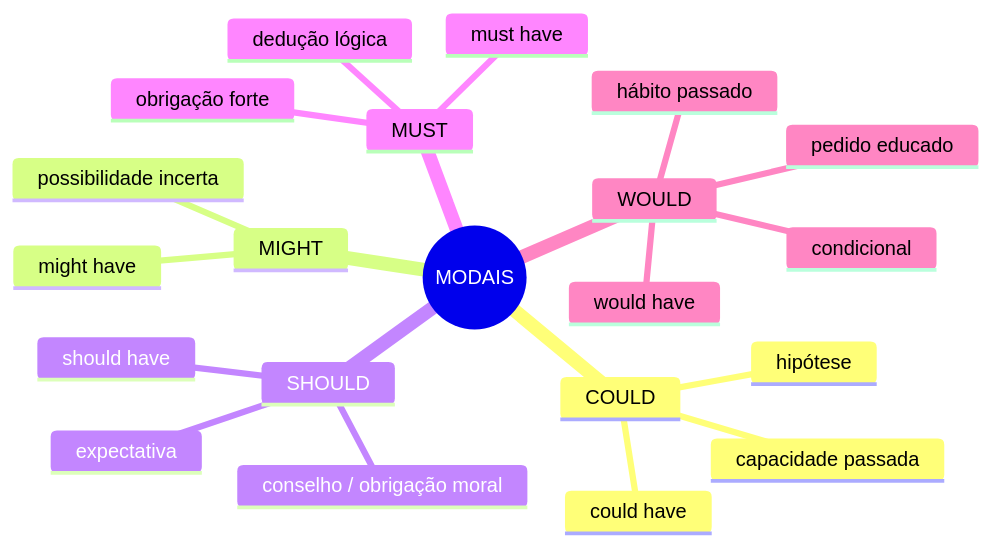
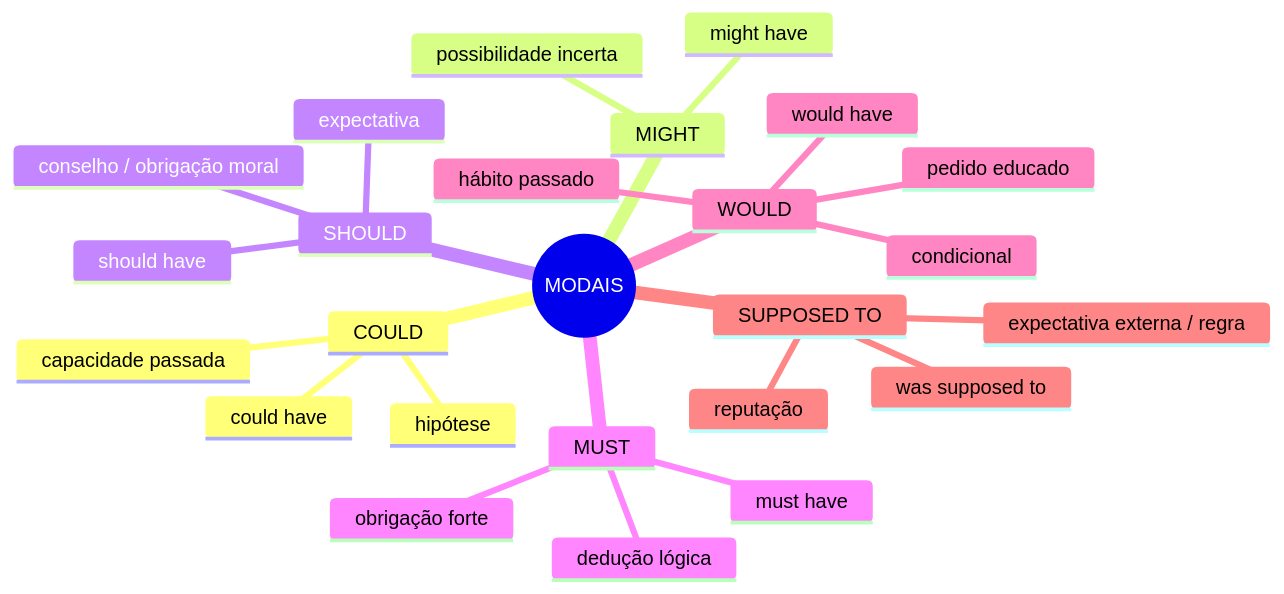
One commit to jean-siqueira/english-study changed the diagram in grammar/mapas-mentais/modais-visao-geral.md. Above: the diagram before and after it, drawn with Mermaid. The commit also changed 7 other files, not shown here.

````diff
--- a/grammar/mapas-mentais/modais-visao-geral.md
+++ b/grammar/mapas-mentais/modais-visao-geral.md
@@ -3,24 +3,28 @@
 ```mermaid
 mindmap
   root((MODAIS))
     COULD
       capacidade passada
       hipótese
       could have
     MIGHT
       possibilidade incerta
       might have
     SHOULD
       conselho / obrigação moral
       expectativa
       should have
     MUST
       obrigação forte
       dedução lógica
       must have
     WOULD
       condicional
       hábito passado
       pedido educado
       would have
+    SUPPOSED TO
+      expectativa externa / regra
+      was supposed to
+      reputação
 ```
````
